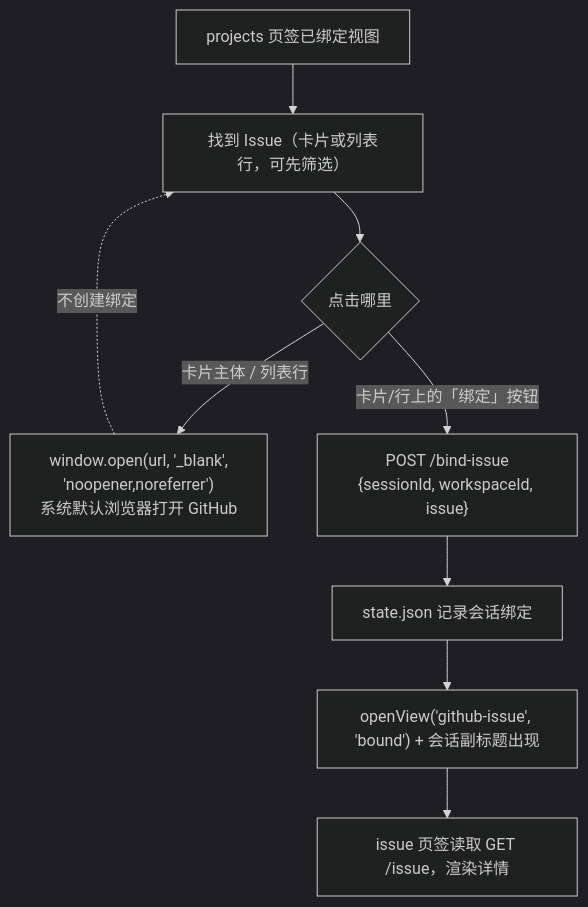
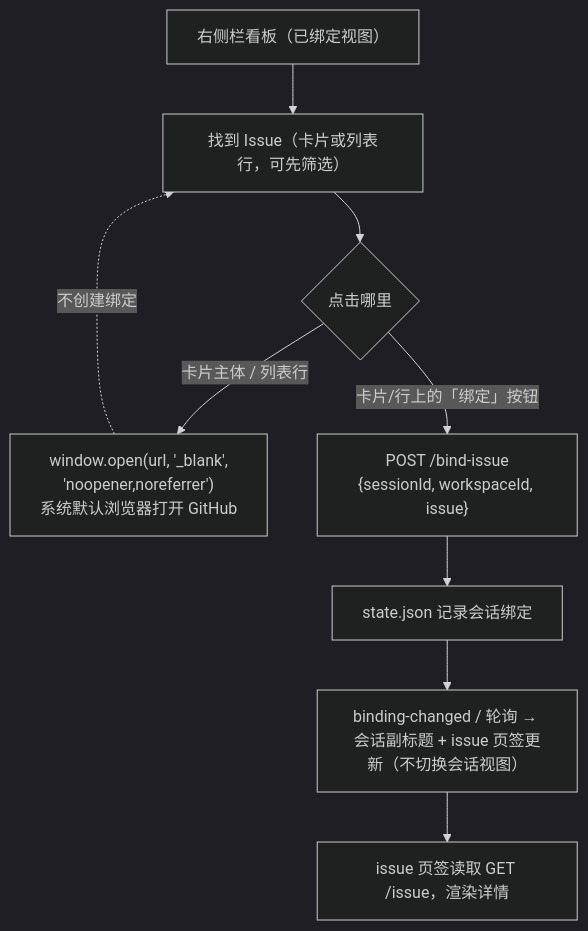
The third of 8 diagrams in docs/DESIGN.zh.md (ceasarXuu/dsh-github-projects), drawn with Mermaid (dark theme) before and after one commit. The commit also changed other lines of this file and 36 other files, not shown here.

````diff
--- a/docs/DESIGN.zh.md
+++ b/docs/DESIGN.zh.md
@@ -348,11 +398,11 @@
 ```mermaid
 flowchart TD
-    A["projects 页签已绑定视图"] --> B["找到 Issue（卡片或列表行，可先筛选）"]
+    A["右侧栏看板（已绑定视图）"] --> B["找到 Issue（卡片或列表行，可先筛选）"]
     B --> C{"点击哪里"}
     C -- "卡片主体 / 列表行" --> D["window.open(url, '_blank',<br/>'noopener,noreferrer')<br/>系统默认浏览器打开 GitHub"]
     C -- "卡片/行上的「绑定」按钮" --> E["POST /bind-issue<br/>{sessionId, workspaceId, issue}"]
     E --> F["state.json 记录会话绑定"]
-    F --> G["openView('github-issue', 'bound') + 会话副标题出现"]
+    F --> G["binding-changed / 轮询 → 会话副标题 + issue 页签更新（不切换会话视图）"]
     G --> H["issue 页签读取 GET /issue，渲染详情"]
     D -. "不创建绑定" .-> B
 ```
````
